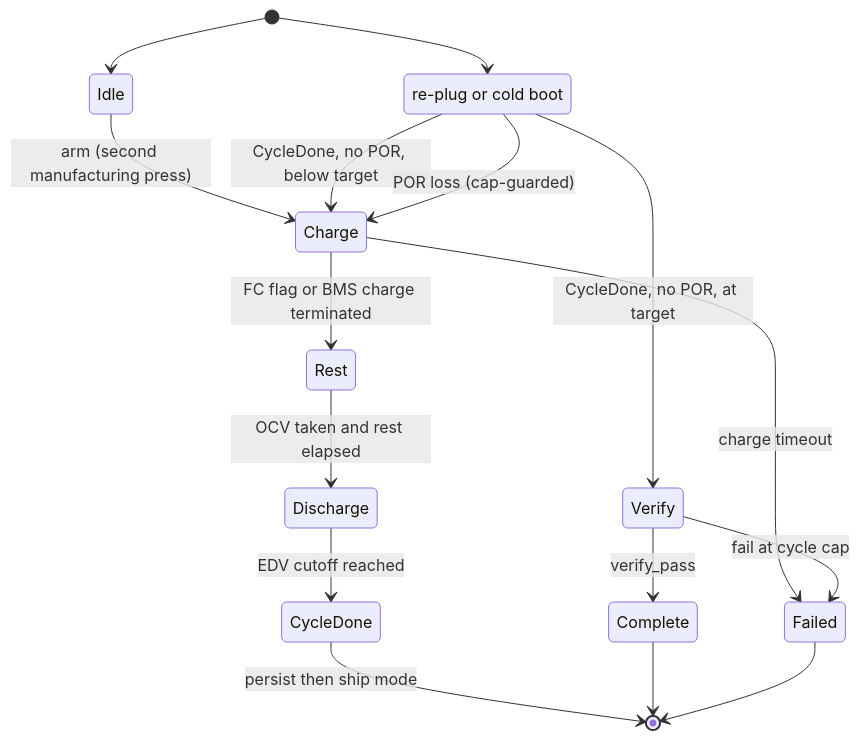
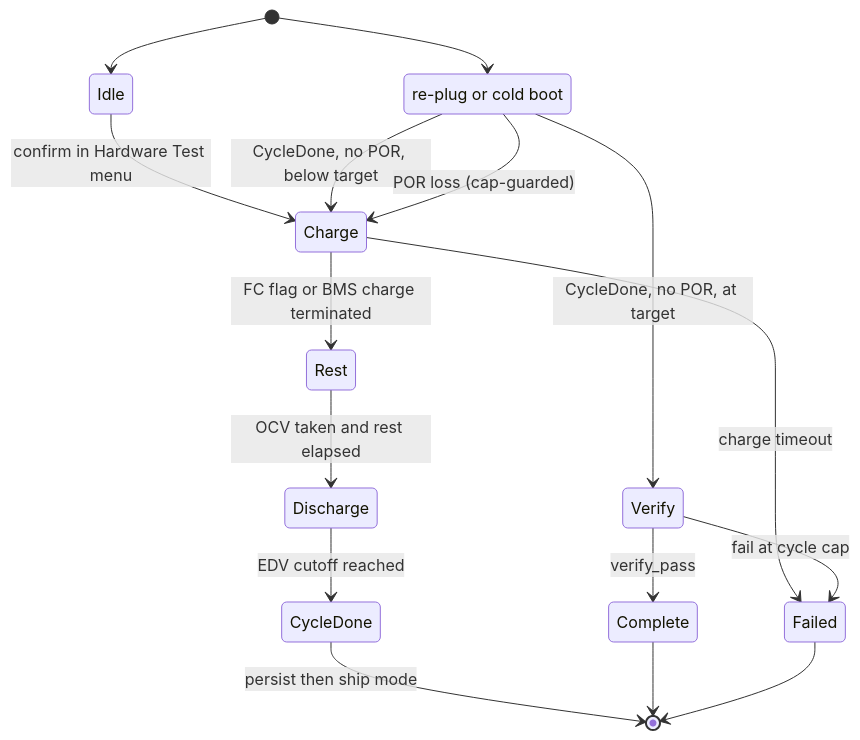
One commit to Open-Air-Foundation/firmware-core changed the first of 3 diagrams in products/go/docs/fg_learning.md. Above: the diagram before and after it, drawn with Mermaid. The commit also changed other lines of this file and 6 other files, not shown here.

````diff
--- a/products/go/docs/fg_learning.md
+++ b/products/go/docs/fg_learning.md
@@ -98,21 +98,21 @@
 ```mermaid
 stateDiagram-v2
     [*] --> Idle
-    Idle --> Charge: arm (second manufacturing press)
+    Idle --> Charge: confirm in Hardware Test menu
     Charge --> Rest: FC flag or BMS charge terminated
     Charge --> Failed: charge timeout
     Rest --> Discharge: OCV taken and rest elapsed
     Discharge --> CycleDone: EDV cutoff reached
     CycleDone --> [*]: persist then ship mode
 
     state "re-plug or cold boot" as Boot
     [*] --> Boot
     Boot --> Charge: CycleDone, no POR, below target
     Boot --> Verify: CycleDone, no POR, at target
     Boot --> Charge: POR loss (cap-guarded)
 
     Verify --> Complete: verify_pass
     Verify --> Failed: fail at cycle cap
     Complete --> [*]
     Failed --> [*]
 ```
````
